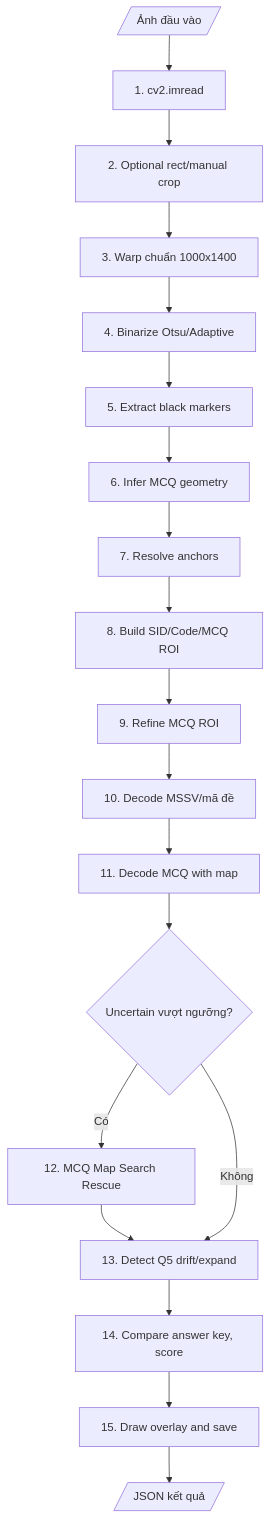
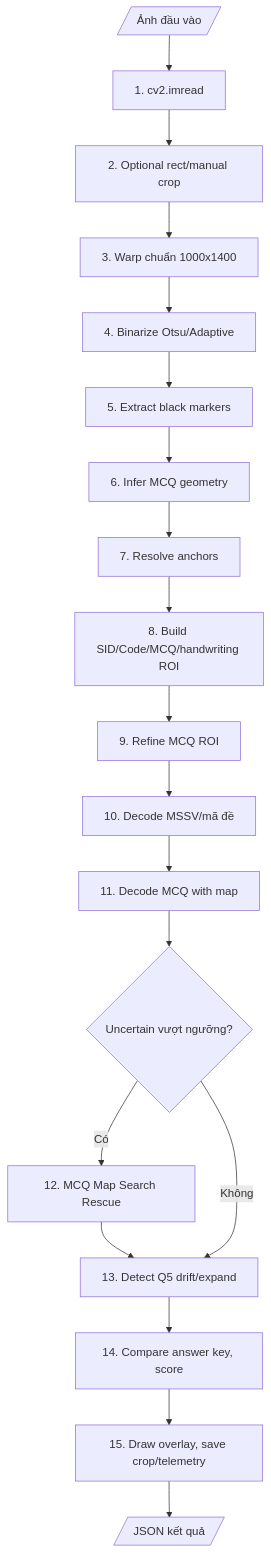
Diagram 13 of 15 in DATN.md (Dung20225817/DATN), drawn with Mermaid before and after one commit. The commit also changed other lines of this file and 29 other files, not shown here.

````diff
--- a/DATN.md
+++ b/DATN.md
@@ -915,25 +1244,25 @@
 ```mermaid
 flowchart TD
     A[/"Ảnh đầu vào"/]
     B["1. cv2.imread"]
     C["2. Optional rect/manual crop"]
     D["3. Warp chuẩn 1000x1400"]
     E["4. Binarize Otsu/Adaptive"]
     F["5. Extract black markers"]
     G["6. Infer MCQ geometry"]
     H["7. Resolve anchors"]
-    I["8. Build SID/Code/MCQ ROI"]
+    I["8. Build SID/Code/MCQ/handwriting ROI"]
     J["9. Refine MCQ ROI"]
     K["10. Decode MSSV/mã đề"]
     L["11. Decode MCQ with map"]
     M{"Uncertain vượt ngưỡng?"}
     N["12. MCQ Map Search Rescue"]
     O["13. Detect Q5 drift/expand"]
     P["14. Compare answer key, score"]
-    Q["15. Draw overlay and save"]
+    Q["15. Draw overlay, save crop/telemetry"]
     R[/"JSON kết quả"/]
     A --> B --> C --> D --> E --> F --> G --> H --> I --> J --> K --> L --> M
     M -->|Có| N --> O
     M -->|Không| O
     O --> P --> Q --> R
 ```
````
